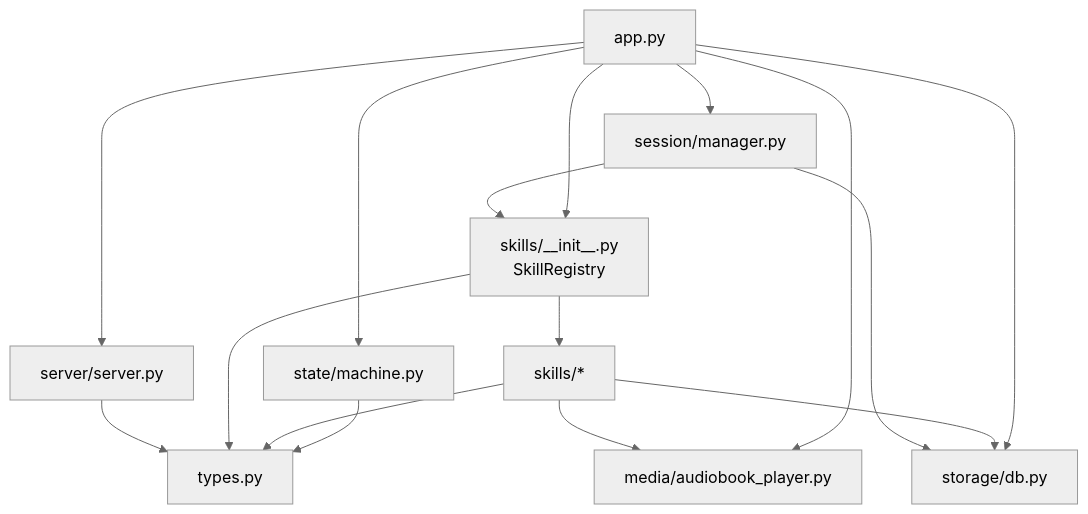
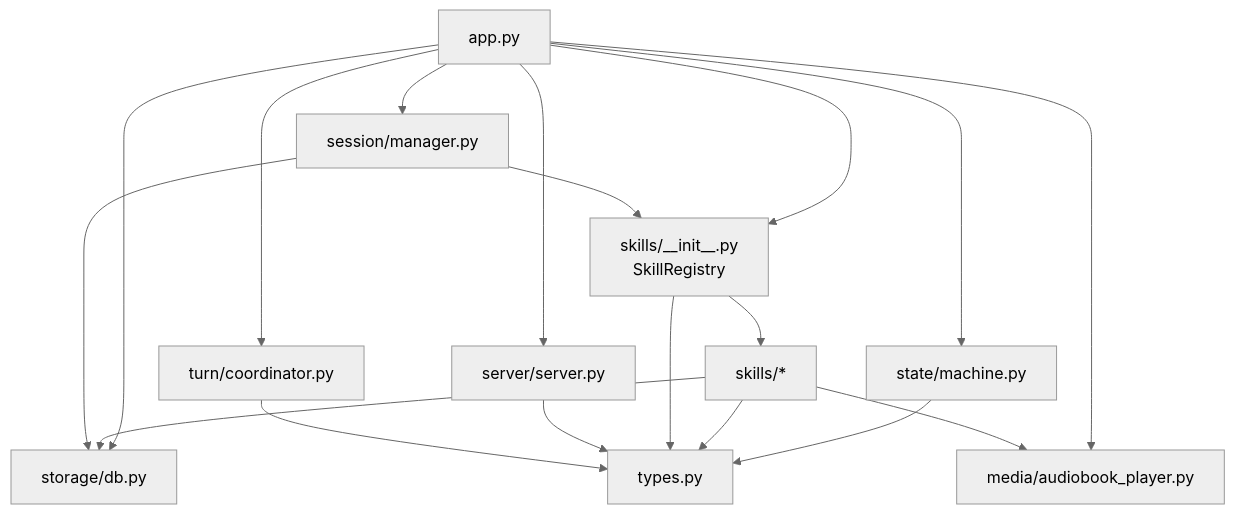
Before and after one commit to ma-r-s/Huxley: the fifth of 5 diagrams in docs/architecture.md, drawn with Mermaid (neutral theme). The commit also changed other lines of this file and 5 other files, not shown here.

````diff
--- a/docs/architecture.md
+++ b/docs/architecture.md
@@ -158,28 +169,31 @@
 ```mermaid
 flowchart TD
     App[app.py]
     Server[server/server.py]
     Session[session/manager.py]
+    Coord[turn/coordinator.py]
     Skills[skills/*]
     Registry[skills/__init__.py<br/>SkillRegistry]
     State[state/machine.py]
     Player[media/audiobook_player.py]
     Storage[storage/db.py]
     Types[types.py]
 
     App --> Server
     App --> Session
+    App --> Coord
     App --> Registry
     App --> State
     App --> Player
     App --> Storage
     Registry --> Skills
     Skills --> Player
     Skills --> Storage
     Session --> Registry
     Session --> Storage
     State --> Types
     Skills --> Types
     Registry --> Types
     Server --> Types
+    Coord --> Types
 ```
````
